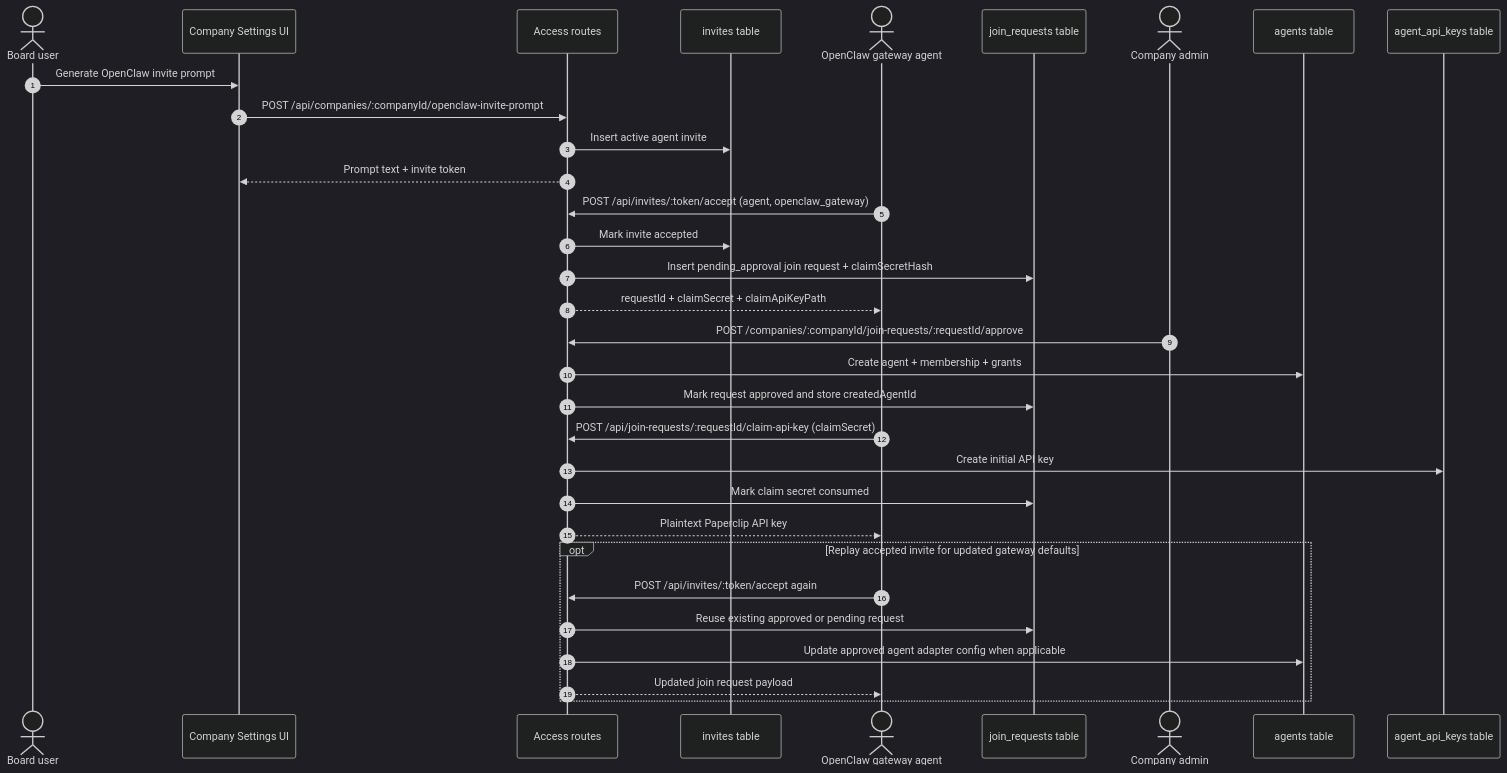
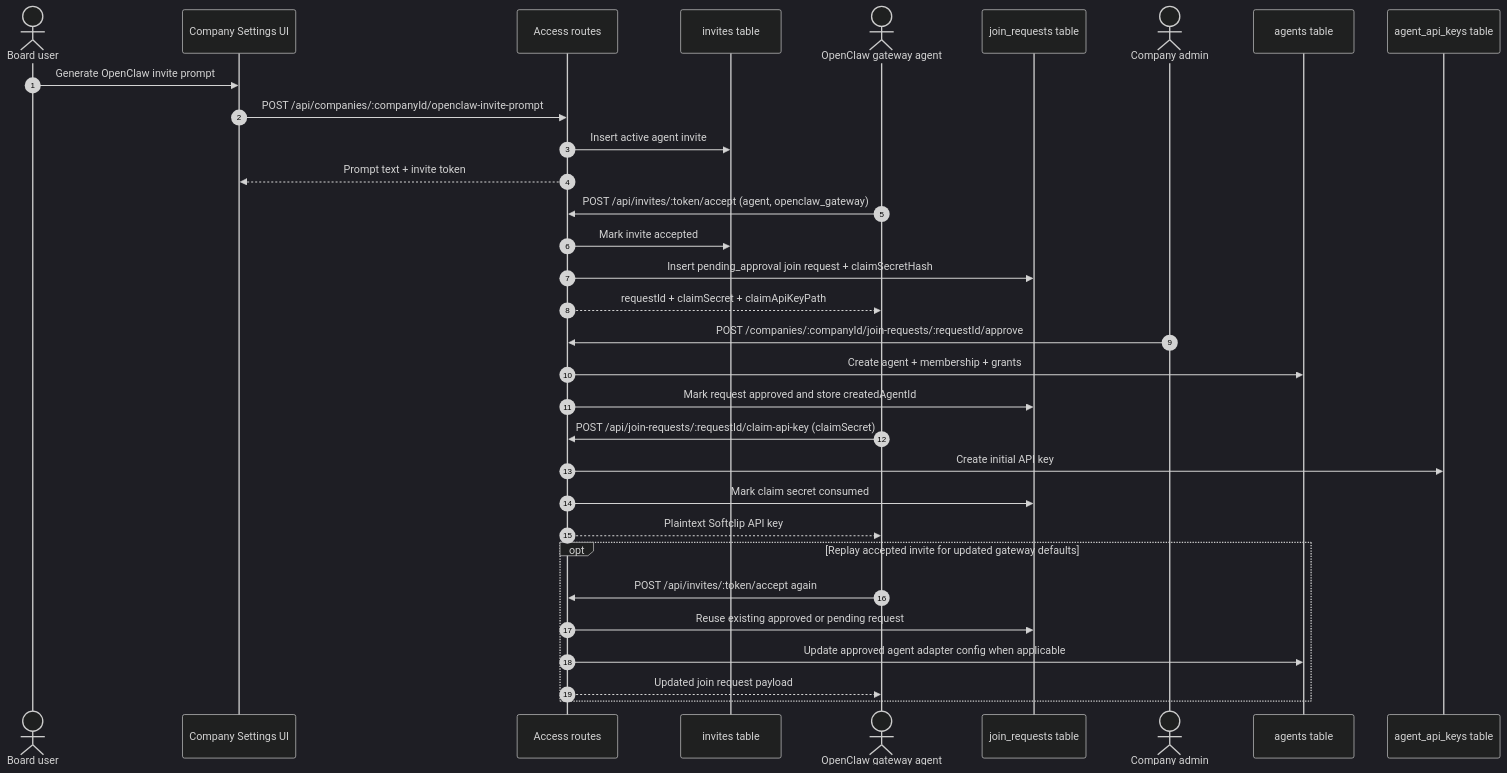
One commit to jgill248/software-clip changed the sixth of 6 diagrams in doc/spec/invite-flow.md. Above: the diagram before and after it, drawn with Mermaid (dark theme). The commit also changed 663 other files, not shown here.

First line of the commit message:
Softclip pivot §1 finale: complete Paperclip → Softclip code rename (#12)

````diff
--- a/doc/spec/invite-flow.md
+++ b/doc/spec/invite-flow.md
@@ -246,39 +246,39 @@
 ```mermaid
 sequenceDiagram
   autonumber
   actor Board as Board user
   participant Settings as Company Settings UI
   participant API as Access routes
   participant Invites as invites table
   actor Gateway as OpenClaw gateway agent
   participant Join as join_requests table
   actor Approver as Company admin
   participant Agents as agents table
   participant Keys as agent_api_keys table
 
   Board->>Settings: Generate OpenClaw invite prompt
   Settings->>API: POST /api/companies/:companyId/openclaw-invite-prompt
   API->>Invites: Insert active agent invite
   API-->>Settings: Prompt text + invite token
 
   Gateway->>API: POST /api/invites/:token/accept (agent, openclaw_gateway)
   API->>Invites: Mark invite accepted
   API->>Join: Insert pending_approval join request + claimSecretHash
   API-->>Gateway: requestId + claimSecret + claimApiKeyPath
 
   Approver->>API: POST /companies/:companyId/join-requests/:requestId/approve
   API->>Agents: Create agent + membership + grants
   API->>Join: Mark request approved and store createdAgentId
 
   Gateway->>API: POST /api/join-requests/:requestId/claim-api-key (claimSecret)
   API->>Keys: Create initial API key
   API->>Join: Mark claim secret consumed
-  API-->>Gateway: Plaintext Paperclip API key
+  API-->>Gateway: Plaintext Softclip API key
 
   opt Replay accepted invite for updated gateway defaults
     Gateway->>API: POST /api/invites/:token/accept again
     API->>Join: Reuse existing approved or pending request
     API->>Agents: Update approved agent adapter config when applicable
     API-->>Gateway: Updated join request payload
   end
 ```
````
